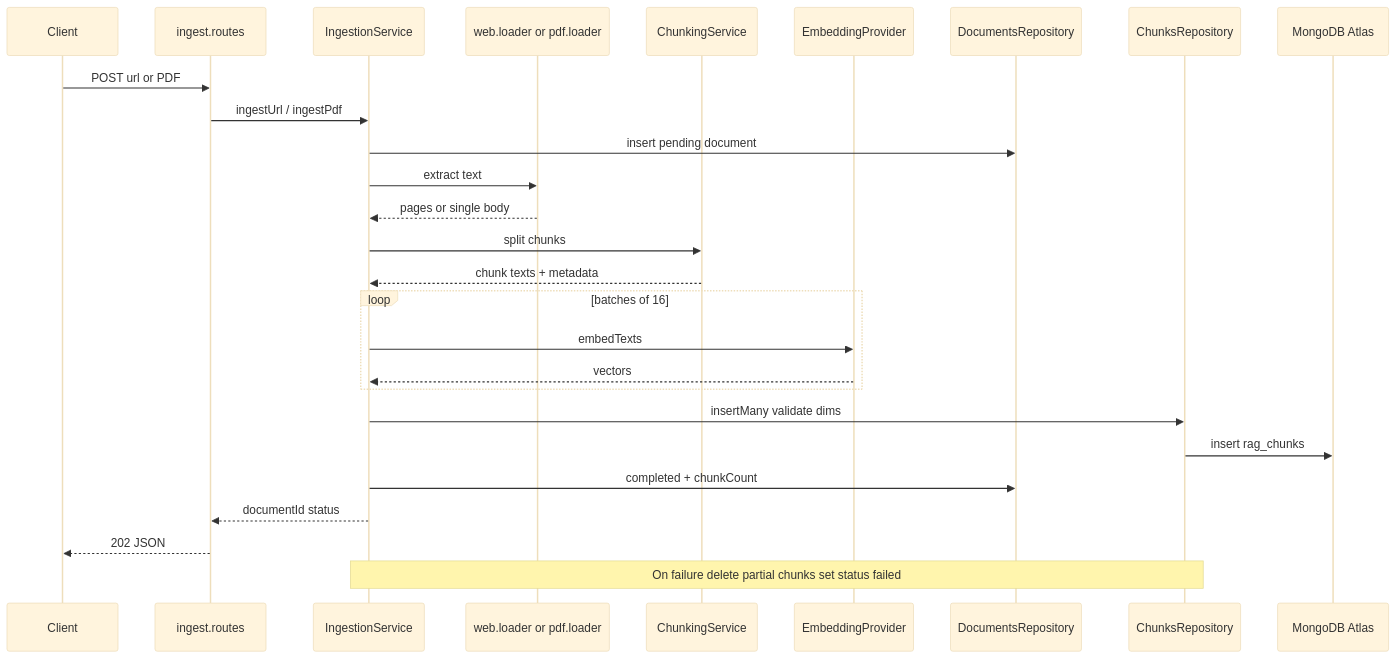
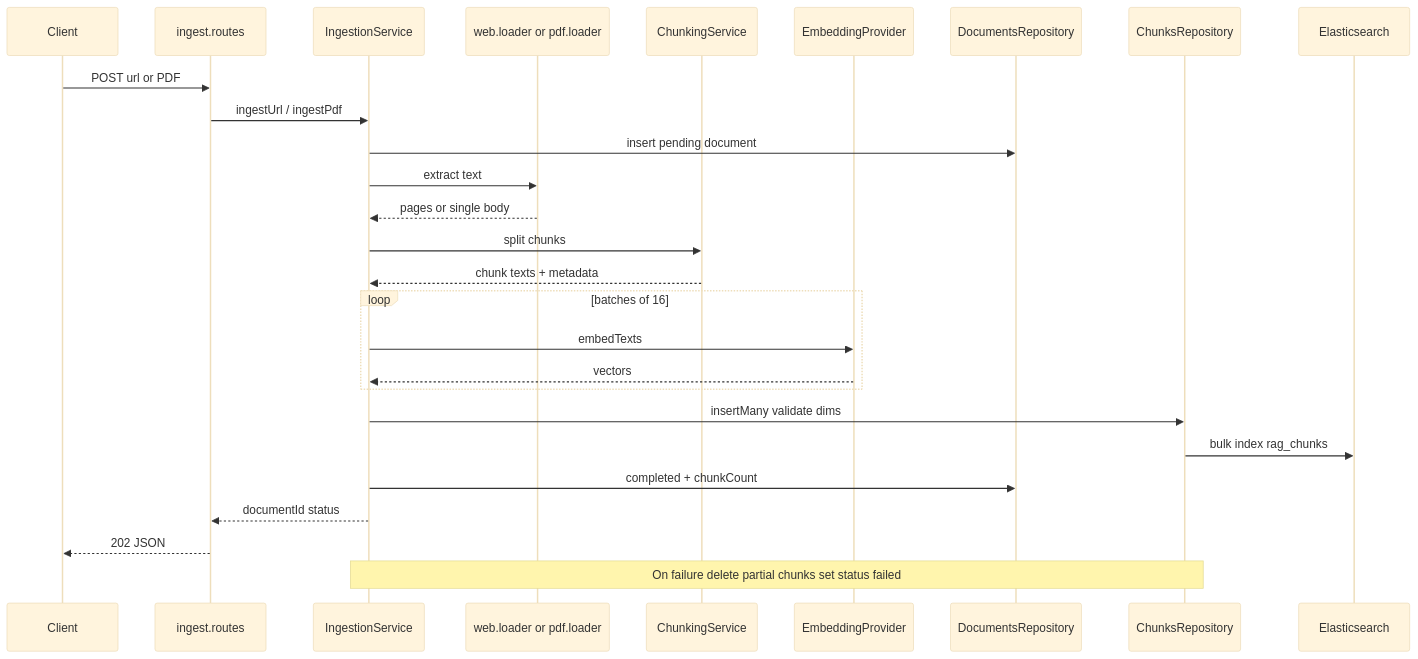
The fifth of 8 diagrams in docs/implementation-guide.md (12dkaskar/rag-scrapper-solution), drawn with Mermaid (base theme) before and after one commit. The commit also changed other lines of this file and 30 other files, not shown here.

Commit message:
elasticsearch and kibana integration replacing mongo atlas

````diff
--- a/docs/implementation-guide.md
+++ b/docs/implementation-guide.md
@@ -187,31 +187,31 @@
 ```mermaid
 sequenceDiagram
     participant Client
     participant Route as ingest.routes
     participant Ing as IngestionService
     participant Load as web.loader or pdf.loader
     participant Chk as ChunkingService
     participant Emb as EmbeddingProvider
     participant Doc as DocumentsRepository
     participant Ch as ChunksRepository
-    participant Atlas as MongoDB Atlas
+    participant ES as Elasticsearch
 
     Client->>Route: POST url or PDF
     Route->>Ing: ingestUrl / ingestPdf
     Ing->>Doc: insert pending document
     Ing->>Load: extract text
     Load-->>Ing: pages or single body
     Ing->>Chk: split chunks
     Chk-->>Ing: chunk texts + metadata
     loop batches of 16
         Ing->>Emb: embedTexts
         Emb-->>Ing: vectors
     end
     Ing->>Ch: insertMany validate dims
-    Ch->>Atlas: insert rag_chunks
+    Ch->>ES: bulk index rag_chunks
     Ing->>Doc: completed + chunkCount
     Ing-->>Route: documentId status
     Route-->>Client: 202 JSON
 
     Note over Ing,Ch: On failure delete partial chunks set status failed
 ```
````
